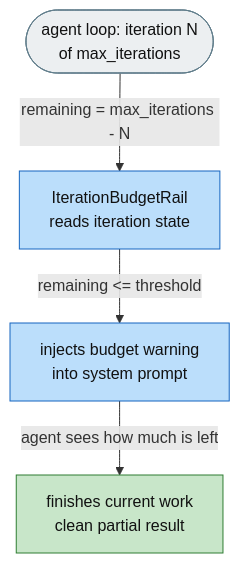
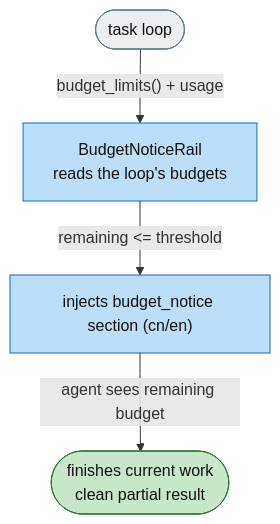
The second of 3 diagrams in docs-michael/issues/jiuwenswarm/0368-feat-iteration-budget-awareness.md (michaelatamuk/agentic-desk), drawn with Mermaid before and after one commit. The commit also changed other lines of this file and 1 other file, not shown here.

````diff
--- a/docs-michael/issues/jiuwenswarm/0368-feat-iteration-budget-awareness.md
+++ b/docs-michael/issues/jiuwenswarm/0368-feat-iteration-budget-awareness.md
@@ -33,10 +34,10 @@
 ```mermaid
 flowchart TD
-    classDef ok fill:#BBDEFB,color:#111,stroke:#1565C0
+    classDef ok   fill:#BBDEFB,color:#111,stroke:#1565C0
     classDef done fill:#C8E6C9,color:#111,stroke:#2E7D32
     classDef plain fill:#ECEFF1,color:#111,stroke:#607D8B
-    LOOP(["agent loop: iteration N<br/>of max_iterations"]):::plain
-    LOOP -->|"remaining = max_iterations - N"| RAIL["IterationBudgetRail<br/>reads iteration state"]:::ok
-    RAIL -->|"remaining <= threshold"| WARN["injects budget warning<br/>into system prompt"]:::ok
-    WARN -->|"agent sees how much is left"| RESULT["finishes current work<br/>clean partial result"]:::done
+    LOOP(["task loop"]):::plain
+    LOOP -->|"budget_limits() + usage"| RAIL["BudgetNoticeRail<br/>reads the loop's budgets"]:::ok
+    RAIL -->|"remaining <= threshold"| WARN["injects budget_notice section (cn/en)"]:::ok
+    WARN -->|"agent sees remaining budget"| RESULT(["finishes current work<br/>clean partial result"]):::done
 ```
````
